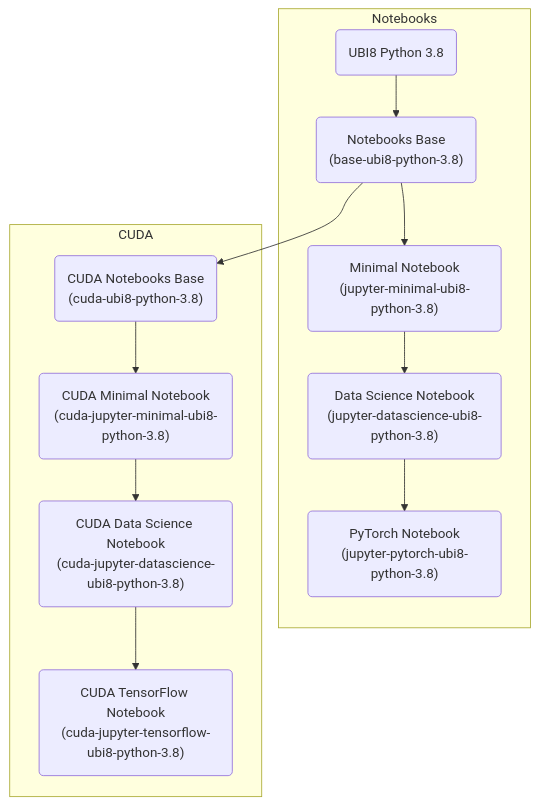
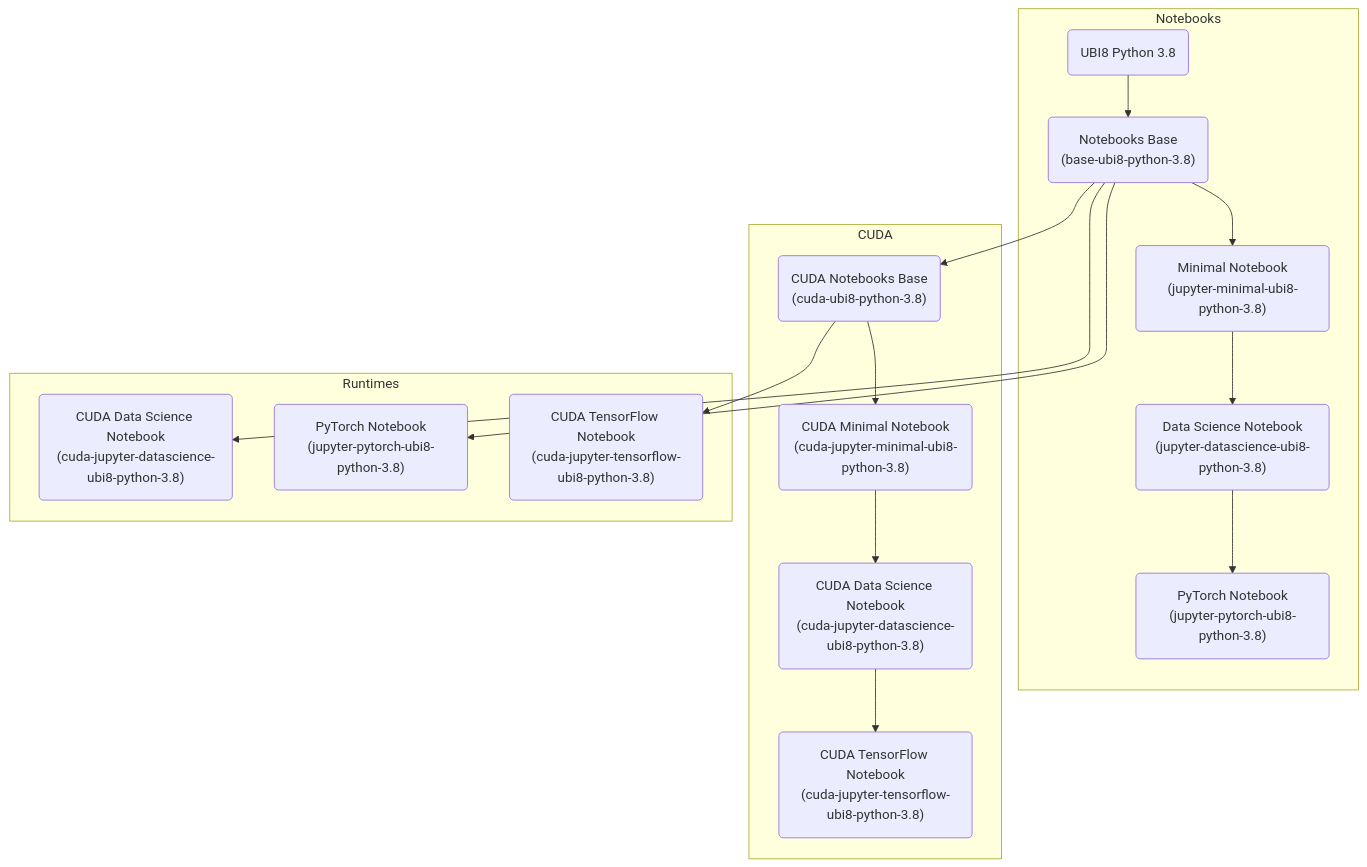
One commit to opendatahub-io/notebooks changed the first of 2 diagrams in README.md. Above: the diagram before and after it, drawn with Mermaid. The commit also changed other lines of this file and 19 other files, not shown here.

````diff
--- a/README.md
+++ b/README.md
@@ -11,31 +11,43 @@
 ```mermaid
 graph TB
     subgraph Notebooks
         %% Nodes
         ubi8-python-3.8(UBI8 Python 3.8);
         base-ubi8-python-3.8("Notebooks Base<br/>(base-ubi8-python-3.8)");
         jupyter-minimal-ubi8-python-3.8("Minimal Notebook<br/>(jupyter-minimal-ubi8-python-3.8)");
         jupyter-datascience-ubi8-python-3.8("Data Science Notebook<br/>(jupyter-datascience-ubi8-python-3.8)");
         jupyter-pytorch-ubi8-python-3.8("PyTorch Notebook<br/>(jupyter-pytorch-ubi8-python-3.8)");
 
         %% Edges
         ubi8-python-3.8 --> base-ubi8-python-3.8;
         base-ubi8-python-3.8 --> jupyter-minimal-ubi8-python-3.8;
         jupyter-minimal-ubi8-python-3.8 --> jupyter-datascience-ubi8-python-3.8;
         jupyter-datascience-ubi8-python-3.8 --> jupyter-pytorch-ubi8-python-3.8;
     end
 
     subgraph CUDA
         %% Nodes
         cuda-ubi8-python-3.8("CUDA Notebooks Base<br/>(cuda-ubi8-python-3.8)");
         cuda-jupyter-minimal-ubi8-python-3.8("CUDA Minimal Notebook<br/>(cuda-jupyter-minimal-ubi8-python-3.8)");
         cuda-jupyter-datascience-ubi8-python-3.8("CUDA Data Science Notebook<br/>(cuda-jupyter-datascience-ubi8-python-3.8)");
         cuda-jupyter-tensorflow-ubi8-python-3.8("CUDA TensorFlow Notebook<br/>(cuda-jupyter-tensorflow-ubi8-python-3.8)");
 
         %% Edges
         base-ubi8-python-3.8 --> cuda-ubi8-python-3.8;
         cuda-ubi8-python-3.8 --> cuda-jupyter-minimal-ubi8-python-3.8;
         cuda-jupyter-minimal-ubi8-python-3.8 --> cuda-jupyter-datascience-ubi8-python-3.8;
         cuda-jupyter-datascience-ubi8-python-3.8 --> cuda-jupyter-tensorflow-ubi8-python-3.8;
     end
+
+    subgraph Runtimes
+        %% Nodes
+        runtimes-datascience-ubi8-python-3.8("CUDA Data Science Notebook<br/>(cuda-jupyter-datascience-ubi8-python-3.8)");
+        runtimes-pytorch-ubi8-python-3.8("PyTorch Notebook<br/>(jupyter-pytorch-ubi8-python-3.8)");
+        cuda-runtimes-tensorflow-ubi8-python-3.8("CUDA TensorFlow Notebook<br/>(cuda-jupyter-tensorflow-ubi8-python-3.8)");
+
+        %% Edges
+        base-ubi8-python-3.8 --> runtimes-datascience-ubi8-python-3.8;
+        base-ubi8-python-3.8 --> runtimes-pytorch-ubi8-python-3.8;
+        cuda-ubi8-python-3.8 --> cuda-runtimes-tensorflow-ubi8-python-3.8;
+    end
 ```
````
